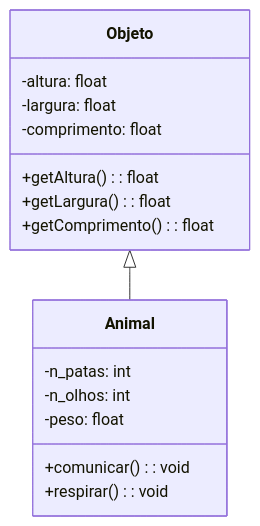
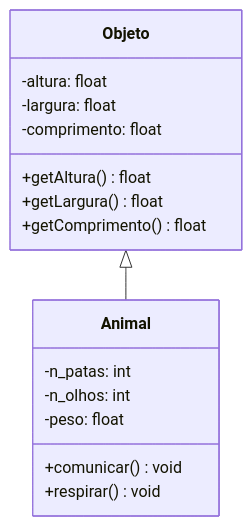
One commit to henryzord/softwareEngineering changed the third of 7 diagrams in capitulos/UML.md. Above: the diagram before and after it, drawn with Mermaid. The commit also changed other lines of this file, not shown here.

Commit message:
Fix method signatures in UML diagram

````diff
--- a/capitulos/UML.md
+++ b/capitulos/UML.md
@@ -132,21 +132,21 @@
 ```mermaid
 classDiagram    
     class Objeto {
         -altura: float
         -largura: float
         -comprimento: float
-        +getAltura(): float
-        +getLargura(): float
-        +getComprimento(): float
+        +getAltura() float
+        +getLargura() float
+        +getComprimento() float
     }
         
     class Animal {
         -n_patas: int
         -n_olhos: int
         -peso: float
-        +comunicar(): void
-        +respirar(): void
+        +comunicar() void
+        +respirar() void
     }
 
     Objeto <|-- Animal
 ```
````
